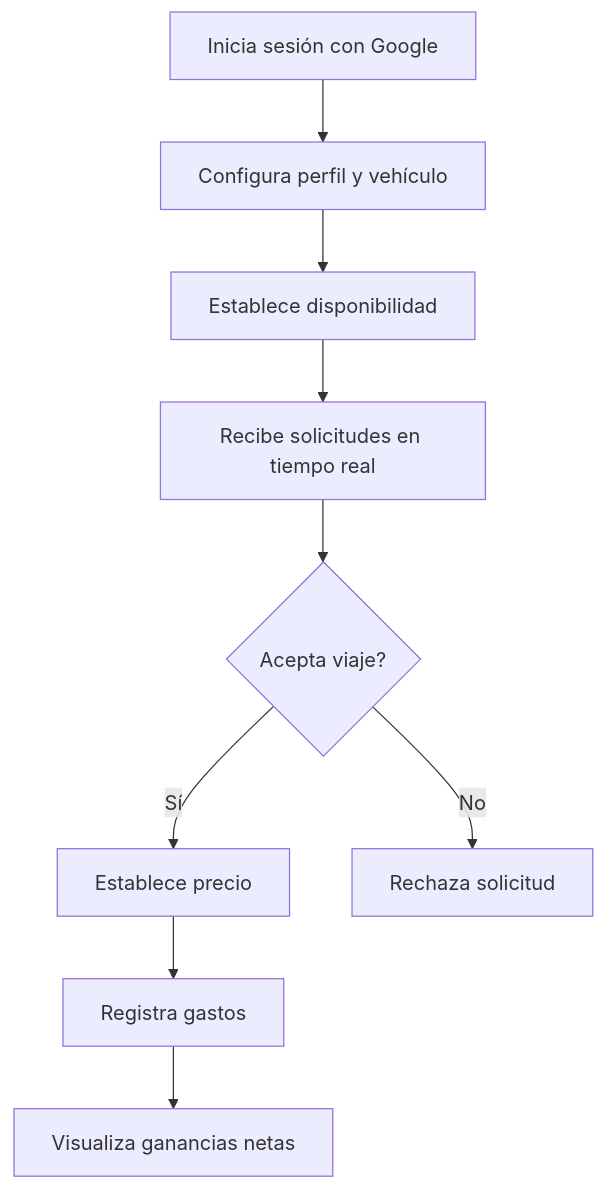
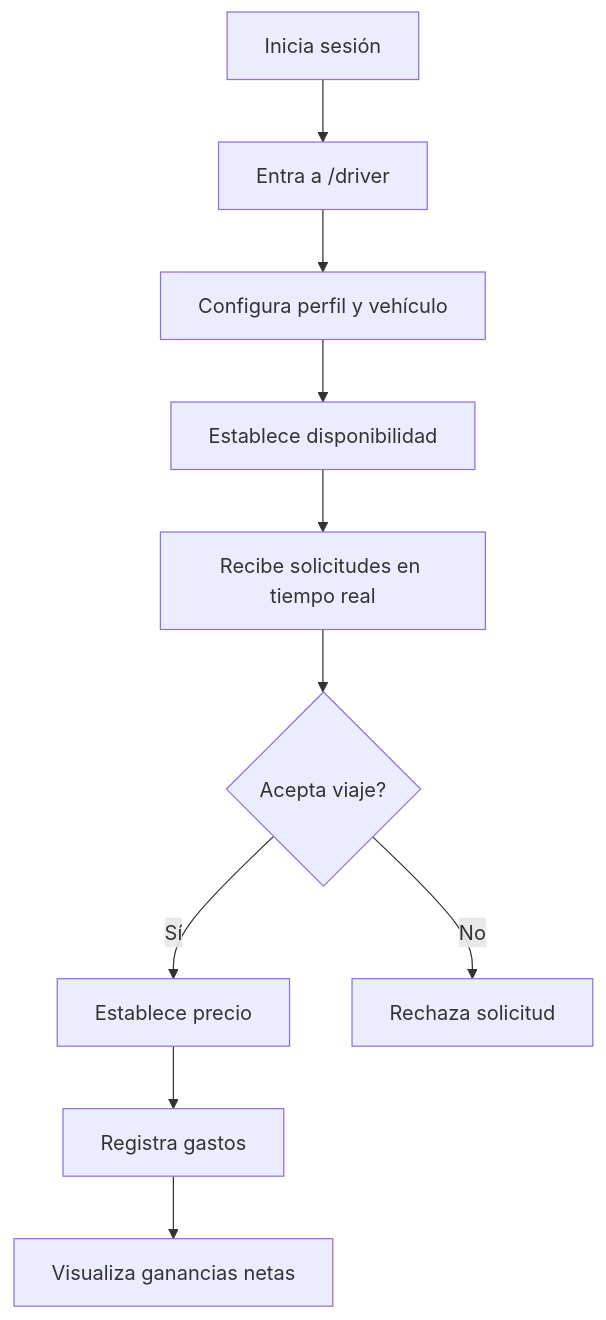
Before and after one commit to SchneiderSeba/Taxi-App: the first of 2 diagrams in README.md, drawn with Mermaid. The commit also changed other lines of this file and 3 other files, not shown here.

````diff
--- a/README.md
+++ b/README.md
@@ -253,11 +285,12 @@
 ```mermaid
 graph TD
-    A[Inicia sesión con Google] --> B[Configura perfil y vehículo]
-    B --> C[Establece disponibilidad]
-    C --> D[Recibe solicitudes en tiempo real]
-    D --> E{Acepta viaje?}
-    E -->|Sí| F[Establece precio]
-    E -->|No| G[Rechaza solicitud]
-    F --> H[Registra gastos]
-    H --> I[Visualiza ganancias netas]
+    A[Inicia sesión] --> B[Entra a /driver]
+    B --> C[Configura perfil y vehículo]
+    C --> D[Establece disponibilidad]
+    D --> E[Recibe solicitudes en tiempo real]
+    E --> F{Acepta viaje?}
+    F -->|Sí| G[Establece precio]
+    F -->|No| H[Rechaza solicitud]
+    G --> I[Registra gastos]
+    I --> J[Visualiza ganancias netas]
 ```
````
